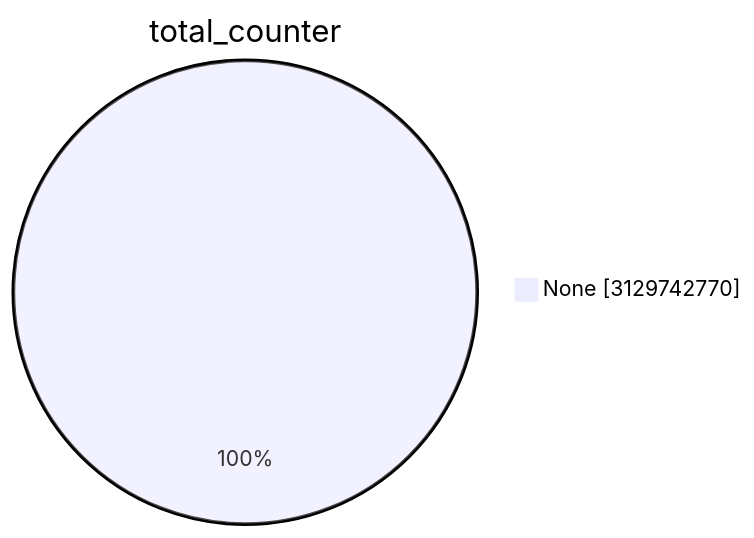
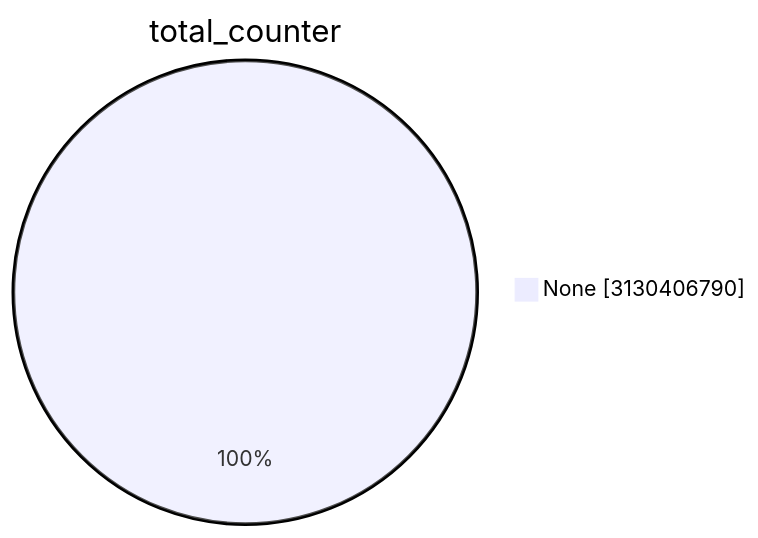
One commit to christiankrug/ctmonitor_visualization changed the first of 15 diagrams in TOTAL/README.md. Above: the diagram before and after it, drawn with Mermaid. The commit also changed other lines of this file, not shown here.

````diff
--- a/TOTAL/README.md
+++ b/TOTAL/README.md
@@ -1,5 +1,5 @@
 ```mermaid
 pie showData
 title total_counter
-"None" :3129742770
+"None" :3130406790
 ```
````
